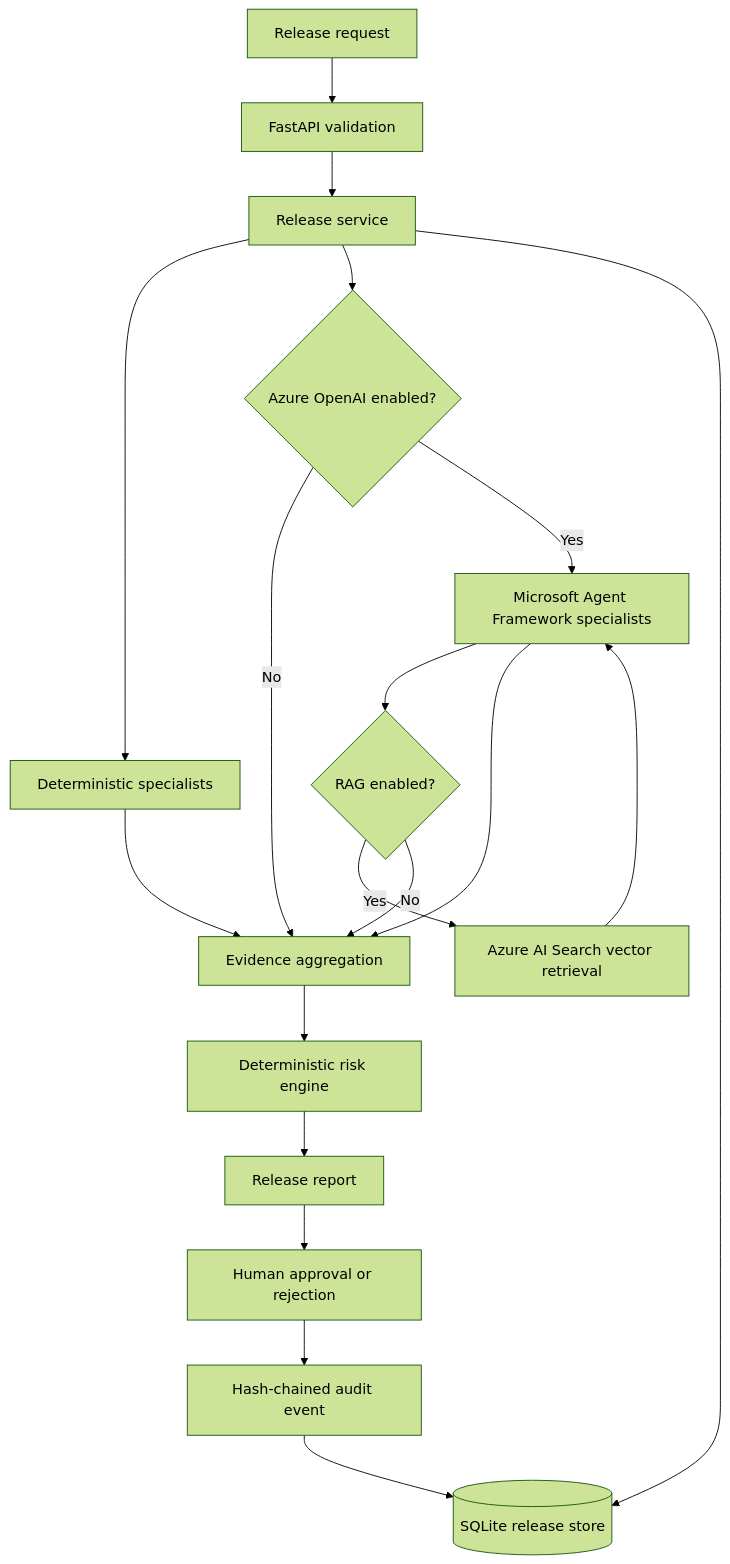
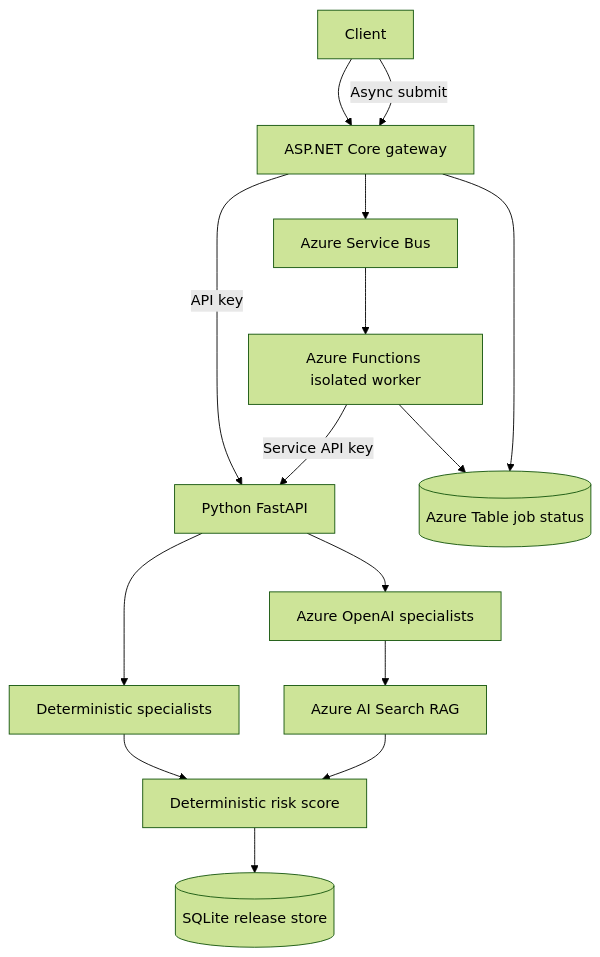
One commit to Sansshrey/ReleaseGuard-AI changed the diagram in docs/architecture.md. Above: the diagram before and after it, drawn with Mermaid (forest theme). The commit also changed other lines of this file, not shown here.

Commit message:
Document .NET gateway and asynchronous Azure Functions architecture

````diff
--- a/docs/architecture.md
+++ b/docs/architecture.md
@@ -19,21 +37,17 @@
 ```mermaid
 flowchart TD
-  A[Release request] --> B[FastAPI validation]
-  B --> C[Release service]
-  C --> D[Deterministic specialists]
-  C --> E{Azure OpenAI enabled?}
-  E -->|No| G[Evidence aggregation]
-  E -->|Yes| F[Microsoft Agent Framework specialists]
-  F --> R{RAG enabled?}
-  R -->|Yes| S[Azure AI Search vector retrieval]
-  S --> F
-  R -->|No| G
-  F --> G
-  D --> G
-  G --> H[Deterministic risk engine]
-  H --> I[Release report]
-  I --> J[Human approval or rejection]
-  C --> K[(SQLite release store)]
-  J --> L[Hash-chained audit event]
-  L --> K
+  U[Client] --> G[ASP.NET Core gateway]
+  G -->|API key| P[Python FastAPI]
+  P --> D[Deterministic specialists]
+  P --> A[Azure OpenAI specialists]
+  A --> R[Azure AI Search RAG]
+  D --> S[Deterministic risk score]
+  R --> S
+  S --> DB[(SQLite release store)]
+  U -->|Async submit| G
+  G --> Q[Azure Service Bus]
+  G --> T[(Azure Table job status)]
+  Q --> F[Azure Functions isolated worker]
+  F -->|Service API key| P
+  F --> T
 ```
````
